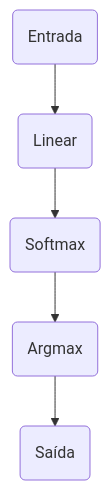
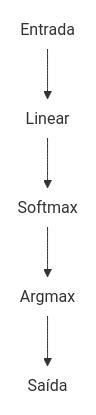
One commit to eshiraishi/eshiraishi.github.io changed the seventh of 7 diagrams in src/content/posts/transformers.md. Above: the diagram before and after it, drawn with Mermaid. The commit also changed other lines of this file and 3 other files, not shown here.

Commit message:
feat: remove borders from diagrams

````diff
--- a/src/content/posts/transformers.md
+++ b/src/content/posts/transformers.md
@@ -1823,4 +1820,4 @@
 ```mermaid
 flowchart
-    DecoderBlockN(Entrada) --> linear(Linear) --> Softmax(Softmax) --> Argmax(Argmax) --> outputString(Saída)
+    DecoderBlockN@{ shape: text, label: "Entrada" } --> linear@{ shape: text, label: "Linear" } --> Softmax@{ shape: text, label: "Softmax" } --> Argmax@{ shape: text, label: "Argmax" } --> outputString@{ shape: text, label: "Saída" }
 ```
````
